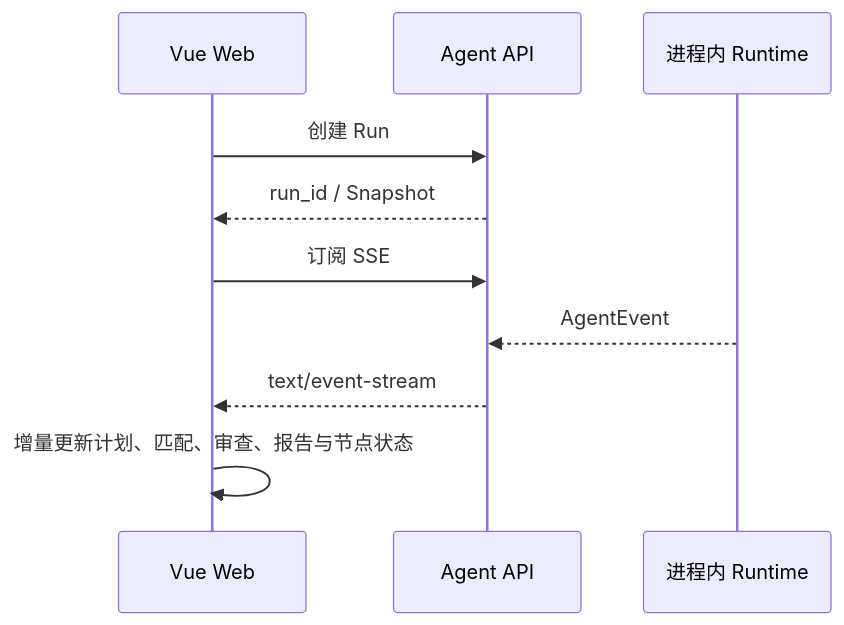
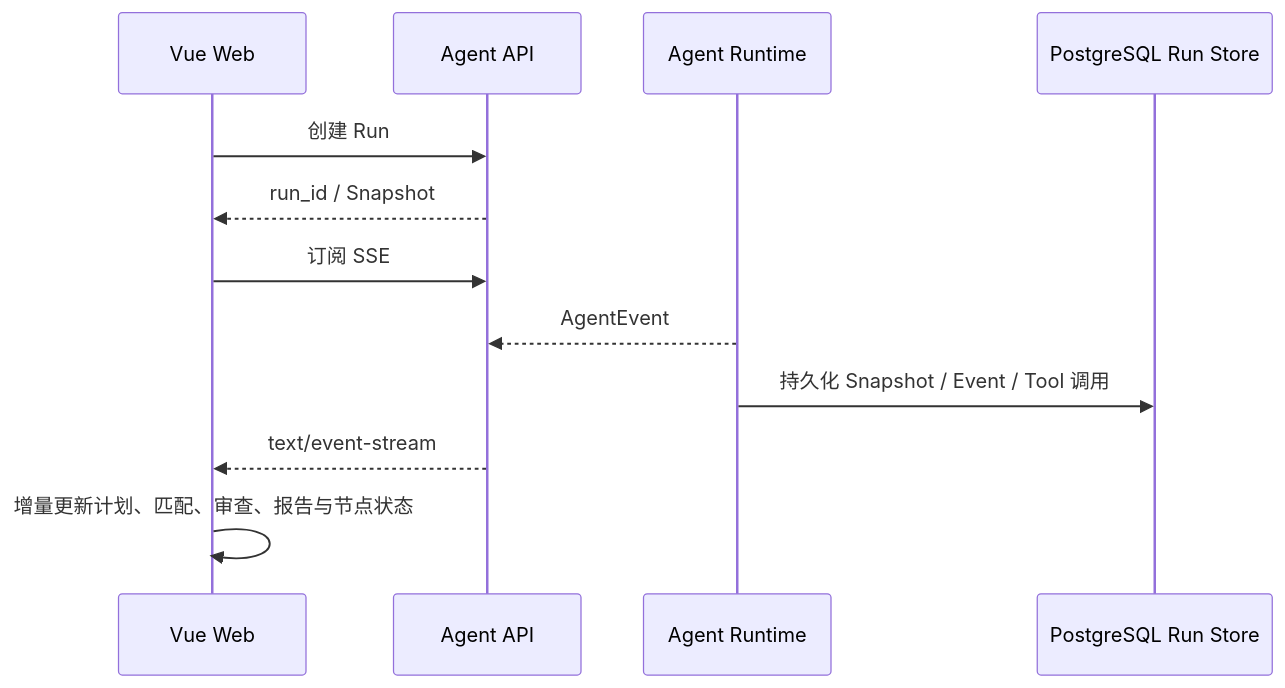
The fourth of 4 diagrams in docs/架构设计.md (shmzl1/workspace-core), drawn with Mermaid before and after one commit. The commit also changed other lines of this file and 26 other files, not shown here.

````diff
--- a/docs/架构设计.md
+++ b/docs/架构设计.md
@@ -91,12 +96,14 @@
 ```mermaid
 sequenceDiagram
     participant Web as Vue Web
     participant API as Agent API
-    participant Runtime as 进程内 Runtime
+    participant Runtime as Agent Runtime
+    participant PG as PostgreSQL Run Store
     Web->>API: 创建 Run
     API-->>Web: run_id / Snapshot
     Web->>API: 订阅 SSE
     Runtime-->>API: AgentEvent
+    Runtime->>PG: 持久化 Snapshot / Event / Tool 调用
     API-->>Web: text/event-stream
     Web->>Web: 增量更新计划、匹配、审查、报告与节点状态
 ```
````
